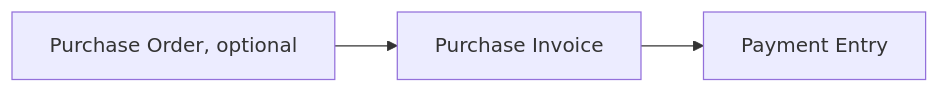
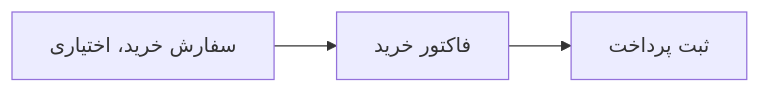
The fourth of 5 diagrams in content/fa/erpnext/buying.md (shahinesi/frappe_docs-persian), drawn with Mermaid before and after one commit. The commit also changed other lines of this file and 7 other files, not shown here.

Commit message:
Localize ERPNext purchasing workflow diagrams

````diff
--- a/content/fa/erpnext/buying.md
+++ b/content/fa/erpnext/buying.md
@@ -69,5 +69,5 @@
 ```mermaid
 flowchart LR
-    PO[Purchase Order, optional] --> PI[Purchase Invoice]
-    PI --> PE[Payment Entry]
+    PO[سفارش خرید، اختیاری] --> PI[فاکتور خرید]
+    PI --> PE[ثبت پرداخت]
 ```
````
